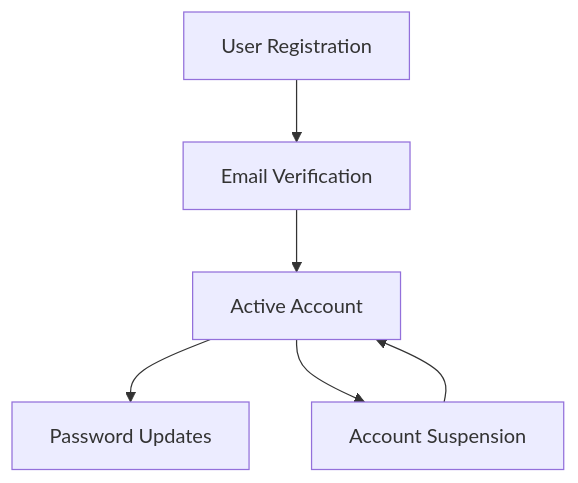
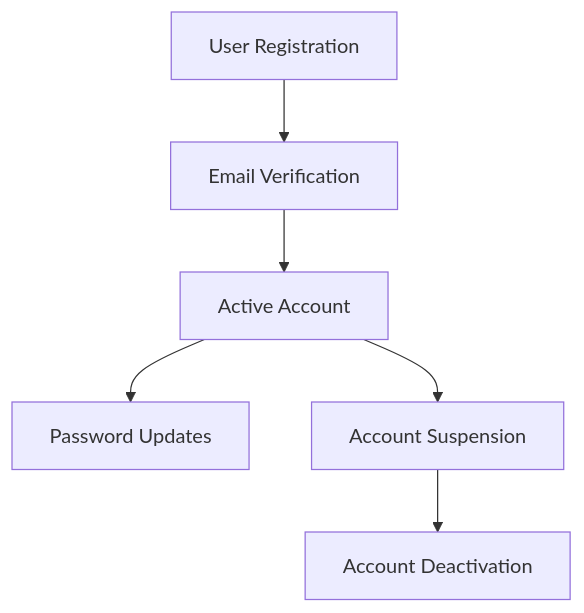
The first of 7 diagrams in docs/03-Database-Design.md (RaiyanJiyon/agri-smart-api), drawn with Mermaid before and after one commit. The commit also changed other lines of this file and 1 other file, not shown here.

````diff
--- a/docs/03-Database-Design.md
+++ b/docs/03-Database-Design.md
@@ -59,8 +84,8 @@
 ```mermaid
 flowchart TD
     A[User Registration] --> B[Email Verification]
     B --> C[Active Account]
     C --> D[Password Updates]
     C --> E[Account Suspension]
-    E --> C
+    E --> F[Account Deactivation]
 ```
````
